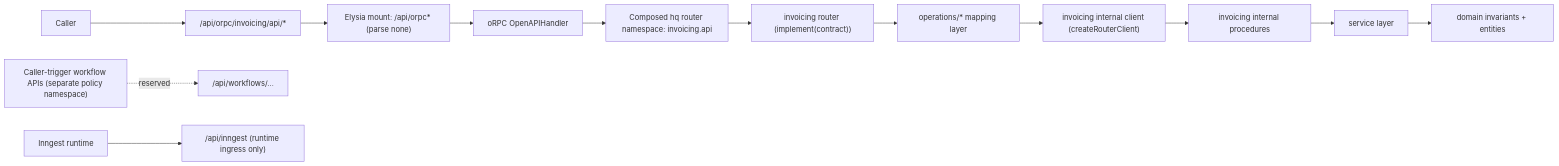
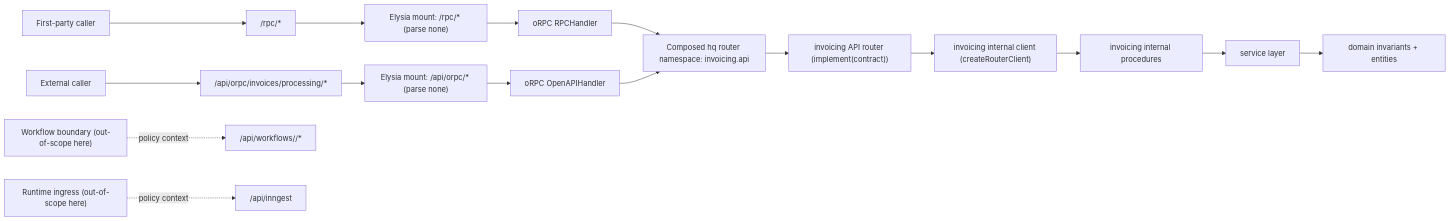
Before and after one commit to rawr-ai/rawr-hq-template: the diagram in docs/projects/orpc-ingest-workflows-spec/examples/e2e-01-basic-package-api.md, drawn with Mermaid. The commit also changed other lines of this file and 19 other files, not shown here.

````diff
--- a/docs/projects/orpc-ingest-workflows-spec/examples/e2e-01-basic-package-api.md
+++ b/docs/projects/orpc-ingest-workflows-spec/examples/e2e-01-basic-package-api.md
@@ -44,16 +49,19 @@
 ```mermaid
 flowchart LR
-  C["Caller"] --> OR["/api/orpc/invoicing/api/*"]
-  OR --> EH["Elysia mount: /api/orpc* (parse none)"]
+  FP["First-party caller"] --> RPC["/rpc/*"]
+  EX["External caller"] --> OR["/api/orpc/invoices/processing/*"]
+  RPC --> RH["Elysia mount: /rpc/* (parse none)"]
+  OR --> EH["Elysia mount: /api/orpc/* (parse none)"]
+  RH --> RPH["oRPC RPCHandler"]
   EH --> OAH["oRPC OpenAPIHandler"]
+  RPH --> HQ["Composed hq router namespace: invoicing.api"]
   OAH --> HQ["Composed hq router namespace: invoicing.api"]
-  HQ --> APIR["invoicing router (implement(contract))"]
-  APIR --> OPS["operations/* mapping layer"]
-  OPS --> ICL["invoicing internal client (createRouterClient)"]
+  HQ --> APIR["invoicing API router (implement(contract))"]
+  APIR --> ICL["invoicing internal client (createRouterClient)"]
   ICL --> PR["invoicing internal procedures"]
   PR --> SV["service layer"]
   SV --> DM["domain invariants + entities"]
 
-  W["Caller-trigger workflow APIs (separate policy namespace)"] -. reserved .-> WF["/api/workflows/..."]
-  ING["Inngest runtime"] --> INGM["/api/inngest (runtime ingress only)"]
+  W["Workflow boundary (out-of-scope here)"] -. policy context .-> WF["/api/workflows/<capability>/*"]
+  ING["Runtime ingress (out-of-scope here)"] -. policy context .-> INGM["/api/inngest"]
 ```
````
